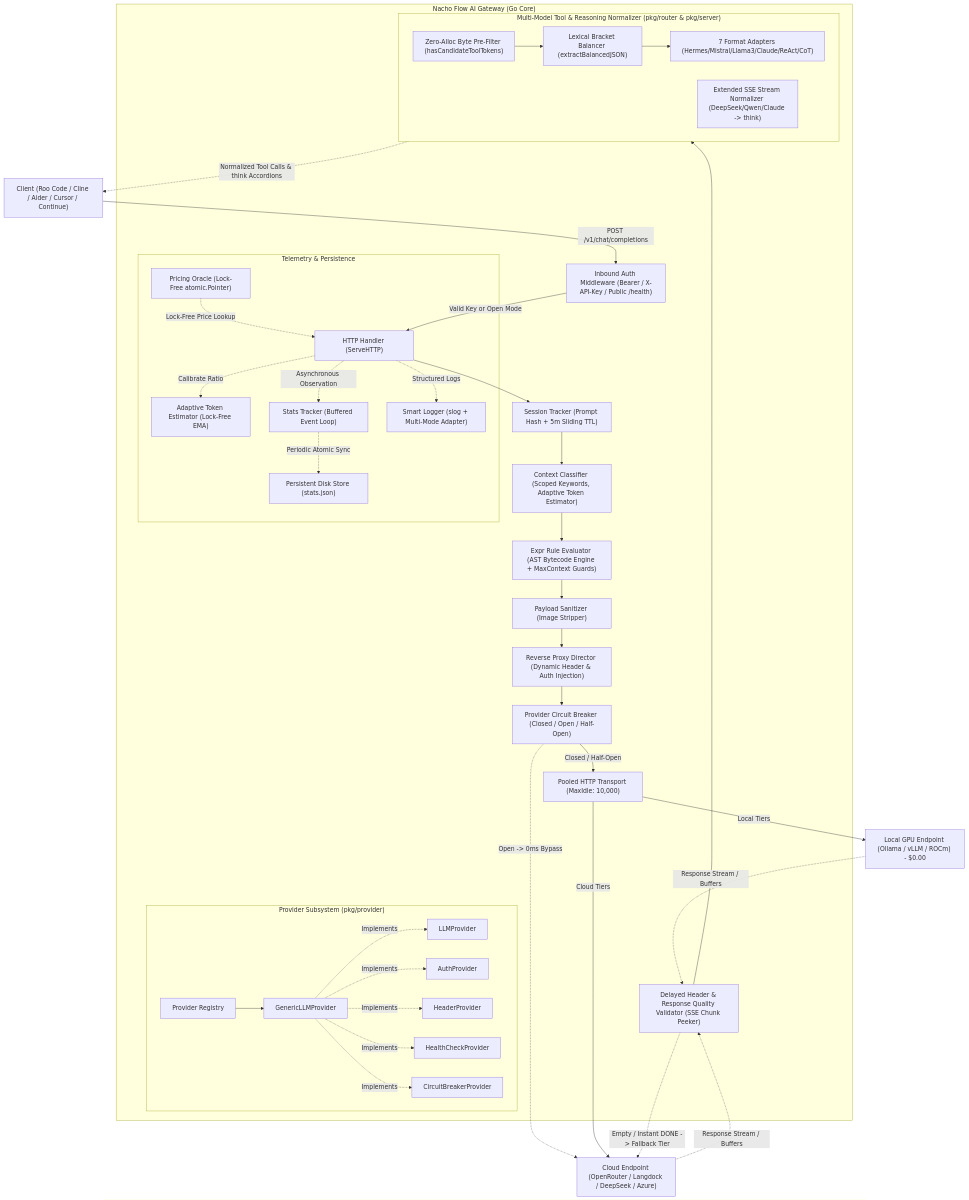
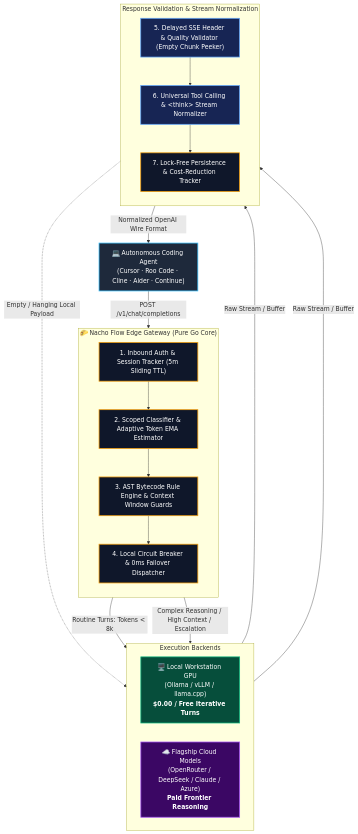
Before and after one commit to dixieflatline76/nacho-flow: the diagram in docs/ARCHITECTURE.md, drawn with Mermaid. The commit also changed 4 other files, not shown here.

Commit message:
feat(docs): render crisp vertical Mermaid architecture diagram and large diagram cards

````diff
--- a/docs/ARCHITECTURE.md
+++ b/docs/ARCHITECTURE.md
@@ -9,74 +9,45 @@
 ```mermaid
 flowchart TD
-    Client["Client (Roo Code / Cline / Aider / Cursor / Continue)"]
-    
-    subgraph NachoFlow ["Nacho Flow AI Gateway (Go Core)"]
-        AuthGateway["Inbound Auth Middleware (Bearer / X-API-Key / Public /health)"]
-        HTTPRouter["HTTP Handler (ServeHTTP)"]
-        SessionTracker["Session Tracker (Prompt Hash + 5m Sliding TTL)"]
-        Classifier["Context Classifier (Scoped Keywords, Adaptive Token Estimator)"]
-        Evaluator["Expr Rule Evaluator (AST Bytecode Engine + MaxContext Guards)"]
-        Sanitizer["Payload Sanitizer (Image Stripper)"]
-        Director["Reverse Proxy Director (Dynamic Header & Auth Injection)"]
-        CircuitBreaker["Provider Circuit Breaker (Closed / Open / Half-Open)"]
-        PooledTransport["Pooled HTTP Transport (MaxIdle: 10,000)"]
-        DelayedHeader["Delayed Header & Response Quality Validator (SSE Chunk Peeker)"]
+    classDef client fill:#1e293b,stroke:#38bdf8,stroke-width:2px,color:#fff;
+    classDef core fill:#0f172a,stroke:#f59e0b,stroke-width:2px,color:#fff;
+    classDef local fill:#064e3b,stroke:#10b981,stroke-width:2px,color:#fff;
+    classDef cloud fill:#3b0764,stroke:#a855f7,stroke-width:2px,color:#fff;
+    classDef tool fill:#172554,stroke:#60a5fa,stroke-width:2px,color:#fff;
+
+    Client["💻 Autonomous Coding Agent<br/>(Cursor · Roo Code · Cline · Aider · Continue)"]:::client
+
+    subgraph NachoGateway ["🌮 Nacho Flow Edge Gateway (Pure Go Core)"]
+        direction TB
+        Auth["1. Inbound Auth & Session Tracker (5m Sliding TTL)"]:::core
+        Classifier["2. Scoped Classifier & Adaptive Token EMA Estimator"]:::core
+        Evaluator["3. AST Bytecode Rule Engine & Context Window Guards"]:::core
+        CircuitBreaker["4. Local Circuit Breaker & 0ms Failover Dispatcher"]:::core
         
-        subgraph ToolEngine ["Multi-Model Tool & Reasoning Normalizer (pkg/router & pkg/server)"]
-            FastFilter["Zero-Alloc Byte Pre-Filter (hasCandidateToolTokens)"]
-            JSONBalancer["Lexical Bracket Balancer (extractBalancedJSON)"]
-            ModelAdapters["7 Format Adapters (Hermes/Mistral/Llama3/Claude/ReAct/CoT)"]
-            StreamNormalizer["Extended SSE Stream Normalizer (DeepSeek/Qwen/Claude -> think)"]
-            FastFilter --> JSONBalancer --> ModelAdapters
-        end
+        Auth --> Classifier --> Evaluator --> CircuitBreaker
+    end
 
-        subgraph ProviderRegistry ["Provider Subsystem (pkg/provider)"]
-            Registry["Provider Registry"]
-            GenericLLM["GenericLLMProvider"]
-            Registry --> GenericLLM
-            GenericLLM -.->|Implements| ILLM["LLMProvider"]
-            GenericLLM -.->|Implements| IAuth["AuthProvider"]
-            GenericLLM -.->|Implements| IHead["HeaderProvider"]
-            GenericLLM -.->|Implements| IHealth["HealthCheckProvider"]
-            GenericLLM -.->|Implements| ICB["CircuitBreakerProvider"]
-        end
+    subgraph Endpoints ["Execution Backends"]
+        direction LR
+        LocalGPU["🖥️ Local Workstation GPU<br/>(Ollama / vLLM / llama.cpp)<br/><b>$0.00 / Free Iterative Turns</b>"]:::local
+        CloudAPI["☁️ Flagship Cloud Models<br/>(OpenRouter / DeepSeek / Claude / Azure)<br/><b>Paid Frontier Reasoning</b>"]:::cloud
+    end
 
-        subgraph TelemetryStack ["Telemetry & Persistence"]
-            TokenEstimator["Adaptive Token Estimator (Lock-Free EMA)"]
-            PricingOracle["Pricing Oracle (Lock-Free atomic.Pointer)"]
-            StatsTracker["Stats Tracker (Buffered Event Loop)"]
-            DiskStore["Persistent Disk Store (stats.json)"]
-            SmartLogger["Smart Logger (slog + Multi-Mode Adapter)"]
-            
-            StatsTracker -.->|Periodic Atomic Sync| DiskStore
-            PricingOracle -.->|Lock-Free Price Lookup| HTTPRouter
-            HTTPRouter -.->|Calibrate Ratio| TokenEstimator
-        end
+    subgraph ProcessingStack ["Response Validation & Stream Normalization"]
+        direction TB
+        DelayedHeader["5. Delayed SSE Header & Quality Validator (Empty Chunk Peeker)"]:::tool
+        ToolNormalizer["6. Universal Tool Calling & &lt;think&gt; Stream Normalizer"]:::tool
+        Telemetry["7. Lock-Free Persistence & Cost-Reduction Tracker"]:::core
+
+        DelayedHeader --> ToolNormalizer --> Telemetry
     end
-    
-    LocalGPU["Local GPU Endpoint (Ollama / vLLM / ROCm) - $0.00"]
-    CloudAPI["Cloud Endpoint (OpenRouter / Langdock / DeepSeek / Azure)"]
 
-    Client -->|POST /v1/chat/completions| AuthGateway
-    AuthGateway -->|Valid Key or Open Mode| HTTPRouter
-    HTTPRouter --> SessionTracker
-    SessionTracker --> Classifier
-    Classifier --> Evaluator
-    Evaluator --> Sanitizer
-    Sanitizer --> Director
-    Director --> CircuitBreaker
-    CircuitBreaker -->|Closed / Half-Open| PooledTransport
-    CircuitBreaker -.->|Open -> 0ms Bypass| CloudAPI
-    
-    PooledTransport -->|Local Tiers| LocalGPU
-    PooledTransport -->|Cloud Tiers| CloudAPI
-    
-    LocalGPU -.->|Response Stream / Buffers| DelayedHeader
-    CloudAPI -.->|Response Stream / Buffers| DelayedHeader
-    DelayedHeader -.->|Empty / Instant DONE -> Fallback Tier| CloudAPI
-    DelayedHeader --> ToolEngine
-    ToolEngine -.->|Normalized Tool Calls & think Accordions| Client
-    
-    HTTPRouter -.->|Asynchronous Observation| StatsTracker
-    HTTPRouter -.->|Structured Logs| SmartLogger
+    Client -->|POST /v1/chat/completions| Auth
+    CircuitBreaker -->|Routine Turns: Tokens < 8k| LocalGPU
+    CircuitBreaker -->|Complex Reasoning / High Context / Escalation| CloudAPI
+
+    LocalGPU -->|Raw Stream / Buffer| DelayedHeader
+    CloudAPI -->|Raw Stream / Buffer| DelayedHeader
+
+    DelayedHeader -.->|Empty / Hanging Local Payload| CloudAPI
+    Telemetry -->|Normalized OpenAI Wire Format| Client
 ```
````
